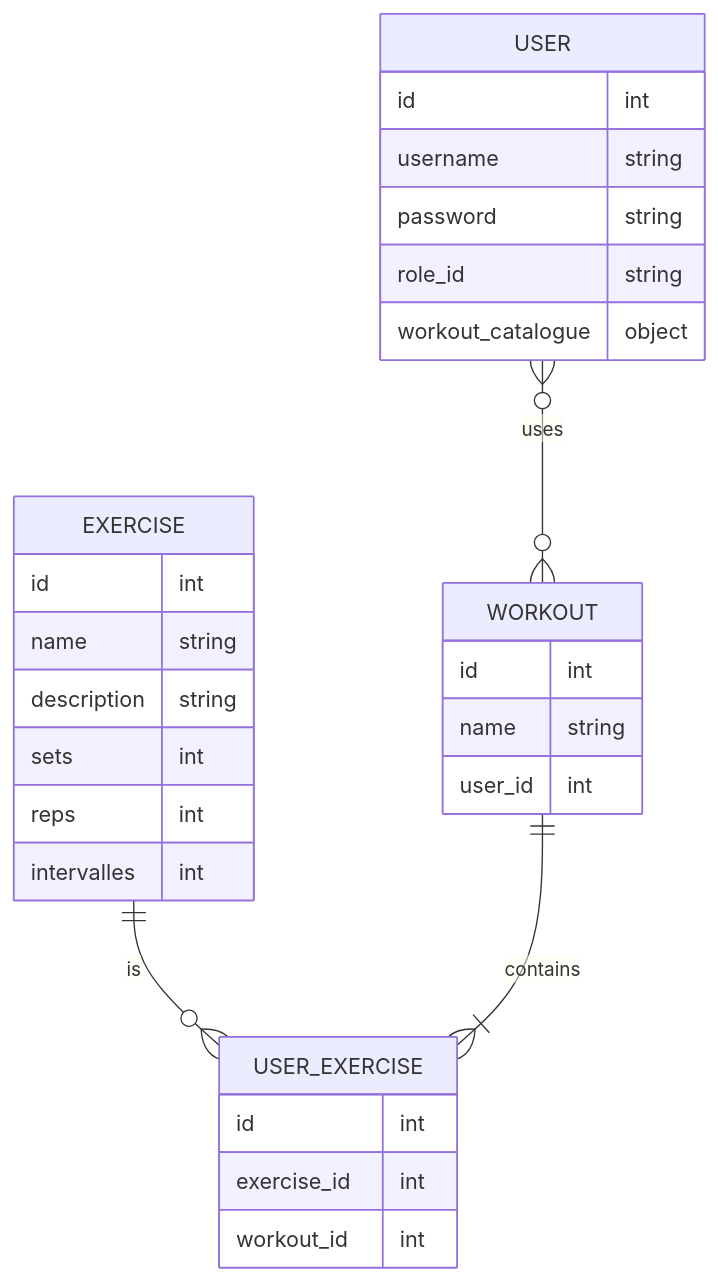
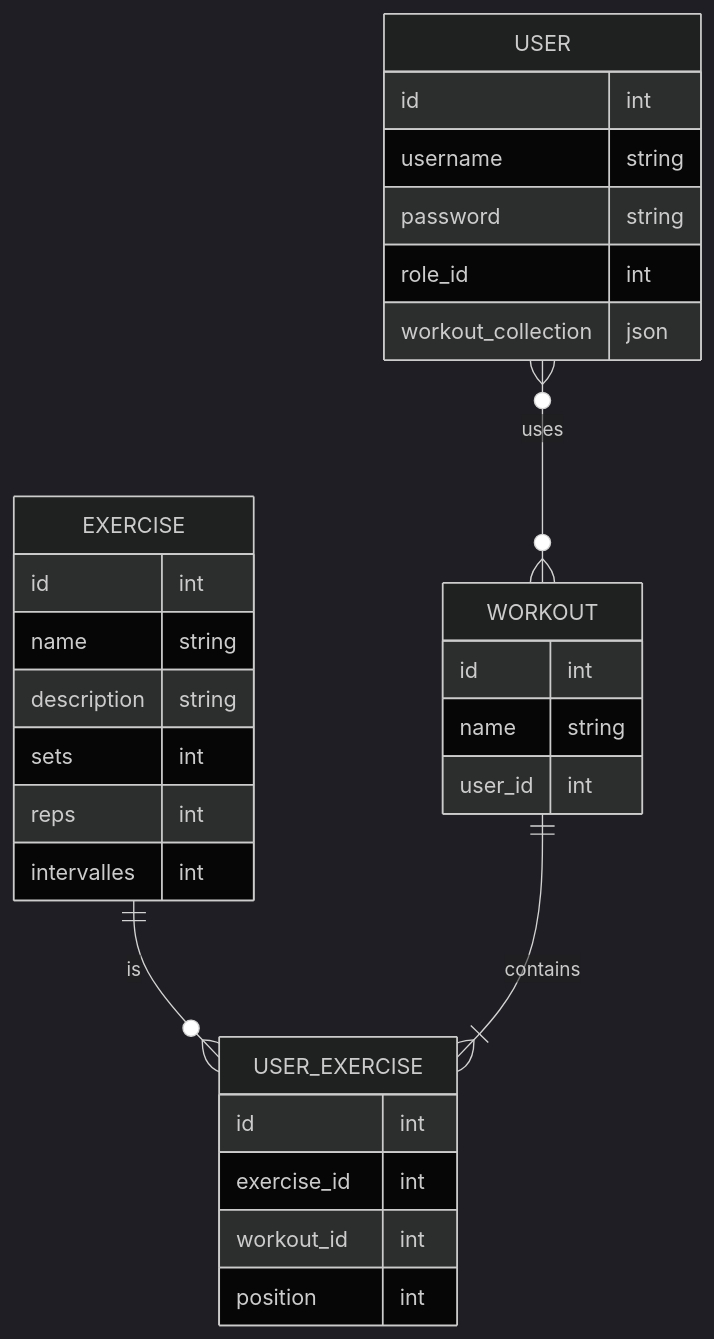
Before and after one commit to VAlexandersson/XPERT_Fullstack_Gym_Scheduler: the second of 2 diagrams in README.md, drawn with Mermaid. The commit also changed other lines of this file and 1 other file, not shown here.

Commit message:
some queries and updated mermaid diagram

````diff
--- a/README.md
+++ b/README.md
@@ -11,34 +36,36 @@
 ```mermaid
-erDiagram
+%%{init: {'theme':'dark'}}%%
+erDiagram 
 
     EXERCISE ||--o{ USER_EXERCISE : is
     WORKOUT ||--|{ USER_EXERCISE : contains
     USER }o--o{ WORKOUT : uses    
 
     USER {
         id int
         username string
         password string
-        role_id string
-        workout_catalogue object
+        role_id int
+        workout_collection json
     }
     WORKOUT {
        id int
        name string
        user_id int
     }
     EXERCISE {
         id int
         name string
         description string
         sets int
         reps int
         intervalles int
     }
     USER_EXERCISE {
        id int
        exercise_id int
        workout_id int
+       position int
     }
 
 ```
````
